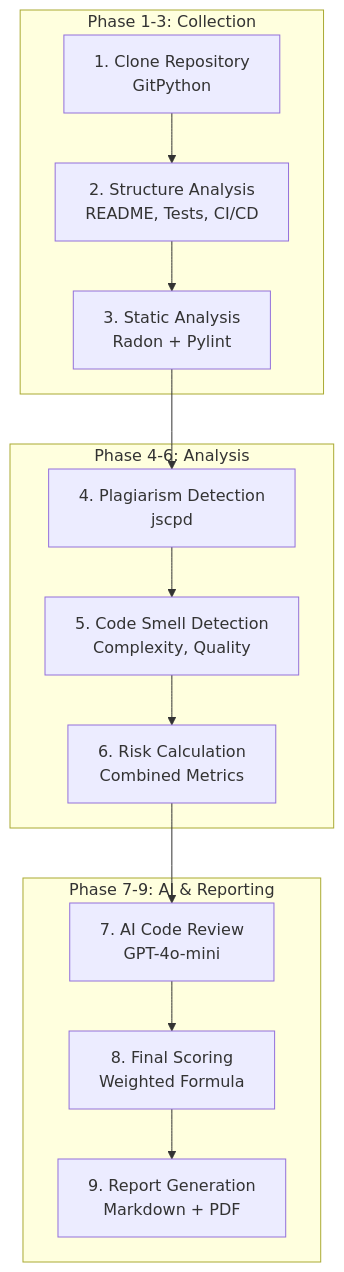
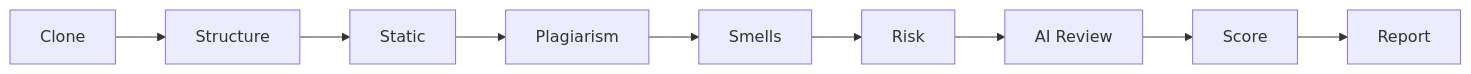
One commit to NischayJoshi/EvalX changed diagram 13 of 16 in README.md. Above: the diagram before and after it, drawn with Mermaid. The commit also changed other lines of this file, not shown here.

Commit message:
fix: Simplify all broken Mermaid diagrams - Remove User Journey (not rendering well) - Simplify WebSocket, Docker, Error Recovery diagrams - Replace Health Monitoring with table - Simplify PPT, GitHub, Interview module diagrams - Fix Domain Evaluators and Analytics with tables

````diff
--- a/README.md
+++ b/README.md
@@ -673,22 +589,4 @@
 ```mermaid
-graph TD
-    subgraph "Phase 1-3: Collection"
-        P1[1. Clone Repository<br/>GitPython]
-        P2[2. Structure Analysis<br/>README, Tests, CI/CD]
-        P3[3. Static Analysis<br/>Radon + Pylint]
-    end
-    
-    subgraph "Phase 4-6: Analysis"
-        P4[4. Plagiarism Detection<br/>jscpd]
-        P5[5. Code Smell Detection<br/>Complexity, Quality]
-        P6[6. Risk Calculation<br/>Combined Metrics]
-    end
-    
-    subgraph "Phase 7-9: AI & Reporting"
-        P7[7. AI Code Review<br/>GPT-4o-mini]
-        P8[8. Final Scoring<br/>Weighted Formula]
-        P9[9. Report Generation<br/>Markdown + PDF]
-    end
-    
-    P1 --> P2 --> P3 --> P4 --> P5 --> P6 --> P7 --> P8 --> P9
+graph LR
+    P1[Clone] --> P2[Structure] --> P3[Static] --> P4[Plagiarism] --> P5[Smells] --> P6[Risk] --> P7[AI Review] --> P8[Score] --> P9[Report]
 ```
````
